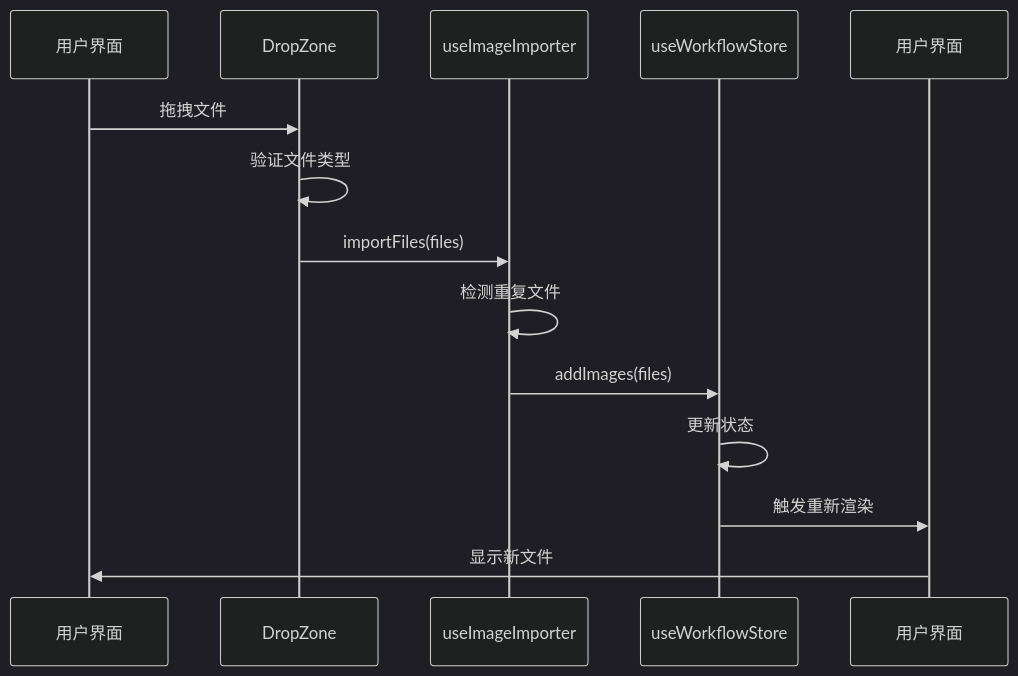
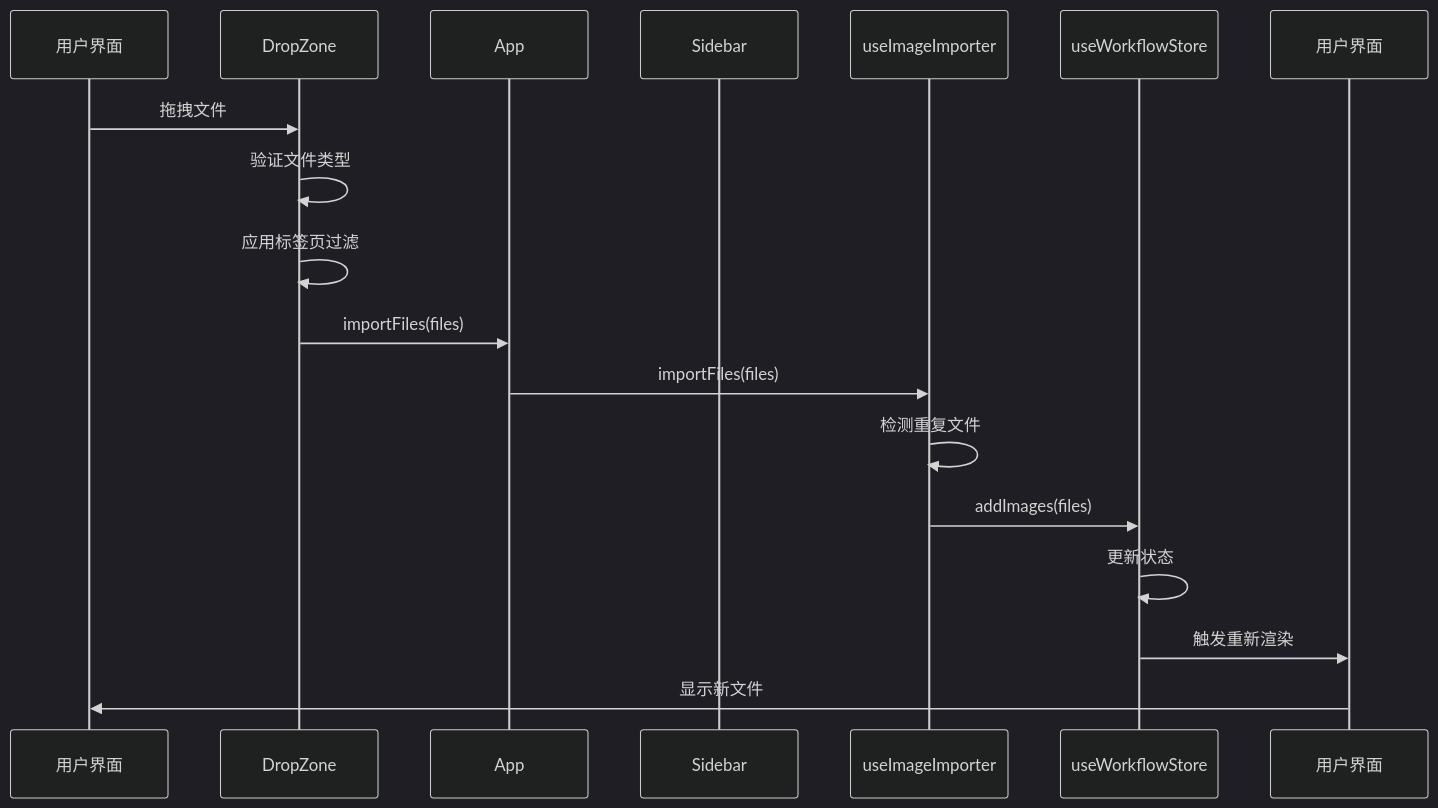
Diagram 12 of 13 in .qoder/repowiki/zh/content/用户界面组件/核心界面组件/拖拽上传区域 (DropZone).md (billye220670/CorineKit_Pix2Real), drawn with Mermaid (dark theme) before and after one commit. The commit also changed other lines of this file and 13 other files, not shown here.

````diff
--- a/.qoder/repowiki/zh/content/用户界面组件/核心界面组件/拖拽上传区域 (DropZone).md
+++ b/.qoder/repowiki/zh/content/用户界面组件/核心界面组件/拖拽上传区域 (DropZone).md
@@ -416,16 +540,20 @@
 ```mermaid
 sequenceDiagram
 participant UI as 用户界面
 participant DZ as DropZone
+participant APP as App
+participant SB as Sidebar
 participant II as useImageImporter
 participant WS as useWorkflowStore
 participant UI2 as 用户界面
 UI->>DZ : 拖拽文件
 DZ->>DZ : 验证文件类型
-DZ->>II : importFiles(files)
+DZ->>DZ : 应用标签页过滤
+DZ->>APP : importFiles(files)
+APP->>II : importFiles(files)
 II->>II : 检测重复文件
 II->>WS : addImages(files)
 WS->>WS : 更新状态
 WS->>UI2 : 触发重新渲染
 UI2->>UI : 显示新文件
 ```
````
